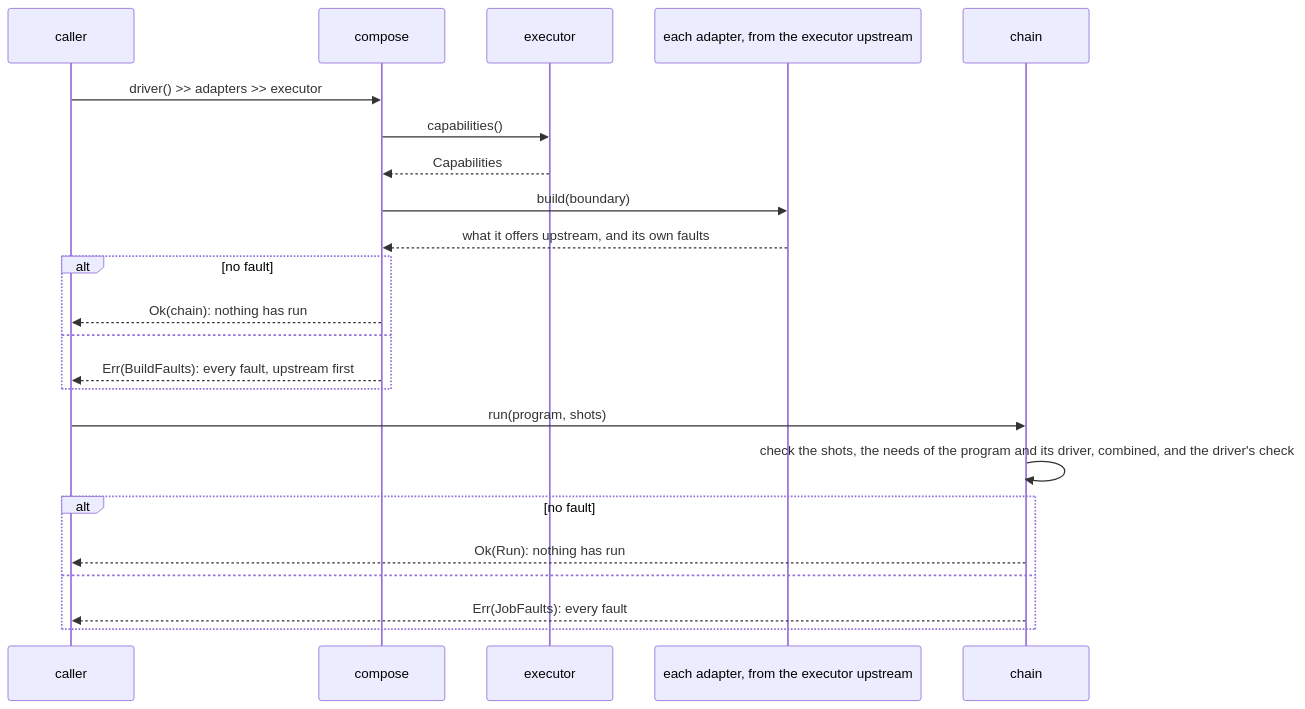
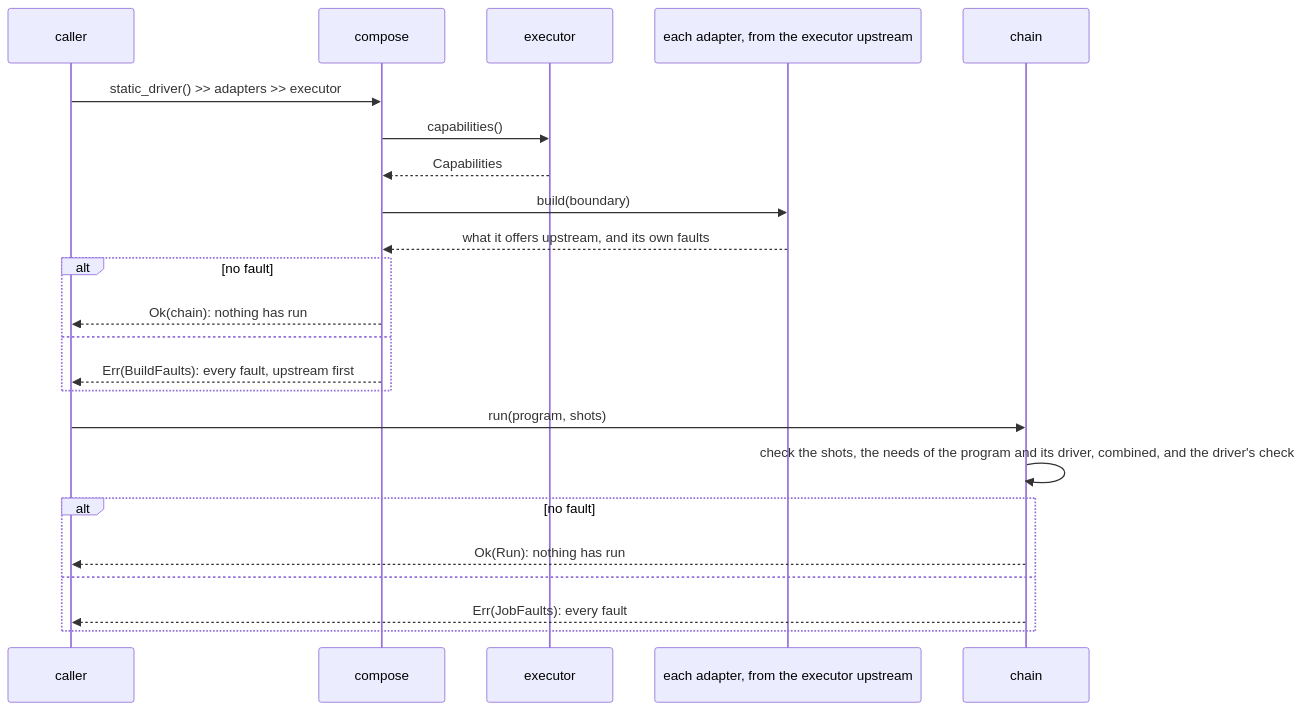
The first of 6 diagrams in source/executor_protocol/docs/protocol.md (microsoft/qdk), drawn with Mermaid before and after one commit. The commit also changed 41 other files, not shown here.

Commit message:
executor_protocol: name the built-in driver for the programs it runs

````diff
--- a/source/executor_protocol/docs/protocol.md
+++ b/source/executor_protocol/docs/protocol.md
@@ -54,25 +54,25 @@
 ```mermaid
 sequenceDiagram
   participant C as caller
   participant P as compose
   participant E as executor
   participant A as each adapter, from the executor upstream
   participant H as chain
-  C->>P: driver() >> adapters >> executor
+  C->>P: static_driver() >> adapters >> executor
   P->>E: capabilities()
   E-->>P: Capabilities
   P->>A: build(boundary)
   A-->>P: what it offers upstream, and its own faults
   alt no fault
     P-->>C: Ok(chain): nothing has run
   else
     P-->>C: Err(BuildFaults): every fault, upstream first
   end
   C->>H: run(program, shots)
   H->>H: check the shots, the needs of the program and its driver, combined, and the driver's check
   alt no fault
     H-->>C: Ok(Run): nothing has run
   else
     H-->>C: Err(JobFaults): every fault
   end
 ```
````
